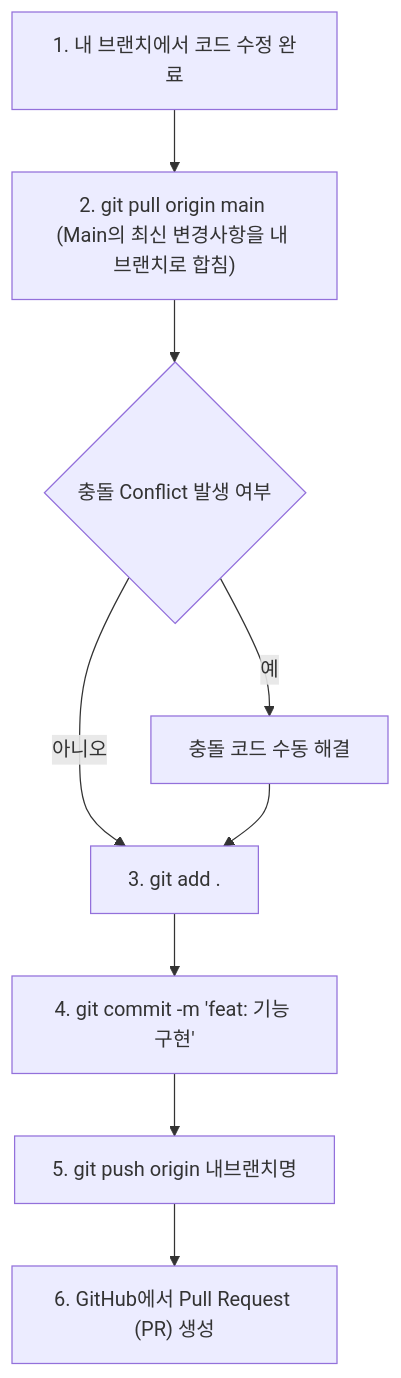
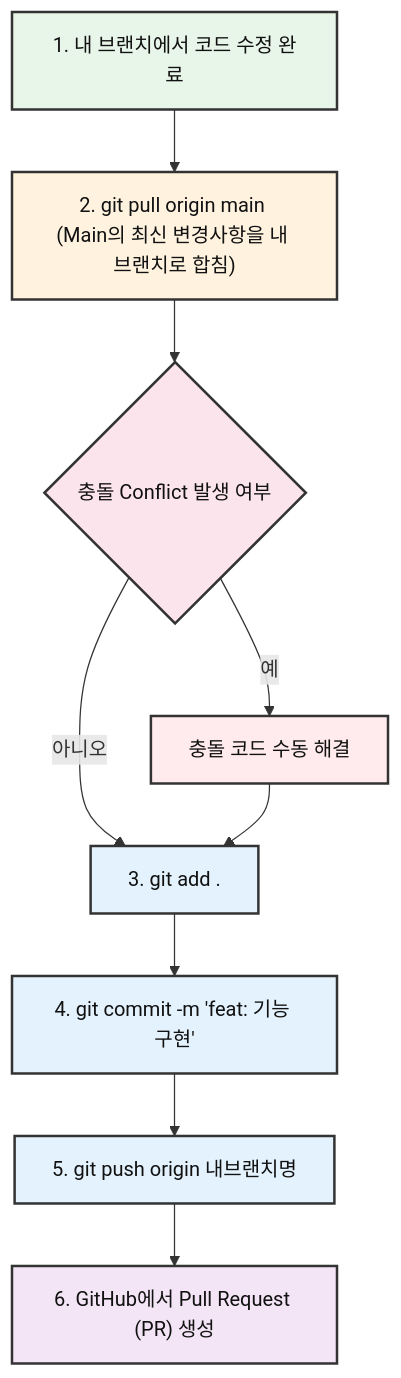
The third of 3 diagrams in git_github_tutorial.md (dandoc/git-github-tutorial), drawn with Mermaid before and after one commit. The commit also changed other lines of this file and 1 other file, not shown here.

Commit message:
fix: 검토 보고서 7건 일괄 수정 (번호 통일, 5개→6개, 다이어그램 스타일, pull 설명 보강, reset 경고, 백틱 중첩, 빈줄)

````diff
--- a/git_github_tutorial.md
+++ b/git_github_tutorial.md
@@ -159,11 +158,20 @@
 ```mermaid
 graph TD
     A[1. 내 브랜치에서 코드 수정 완료] --> B["2. git pull origin main <br>(Main의 최신 변경사항을 내 브랜치로 합침)"]
     B --> C{충돌 Conflict 발생 여부}
     C -- 예 --> D[충돌 코드 수동 해결]
     C -- 아니오 --> E["3. git add ."]
     D --> E
     E --> F["4. git commit -m 'feat: 기능 구현'"]
     F --> G["5. git push origin 내브랜치명"]
     G --> H["6. GitHub에서 Pull Request (PR) 생성"]
+
+    style A fill:#e8f5e9,stroke:#333,stroke-width:2px,color:#111111
+    style B fill:#fff3e0,stroke:#333,stroke-width:2px,color:#111111
+    style C fill:#fce4ec,stroke:#333,stroke-width:2px,color:#111111
+    style D fill:#ffebee,stroke:#333,stroke-width:2px,color:#111111
+    style E fill:#e3f2fd,stroke:#333,stroke-width:2px,color:#111111
+    style F fill:#e3f2fd,stroke:#333,stroke-width:2px,color:#111111
+    style G fill:#e3f2fd,stroke:#333,stroke-width:2px,color:#111111
+    style H fill:#f3e5f5,stroke:#333,stroke-width:2px,color:#111111
 ```
````
